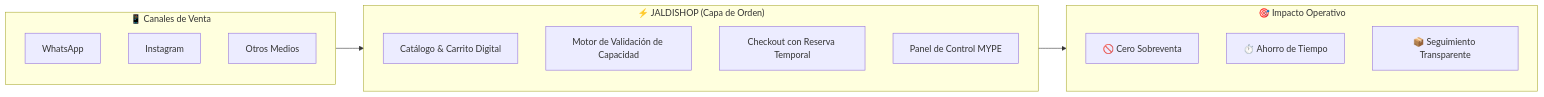
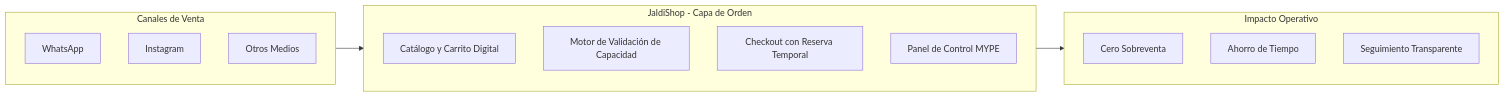
One commit to iJosueeh/jaldishop changed the first of 2 diagrams in README.md. Above: the diagram before and after it, drawn with Mermaid. The commit also changed other lines of this file and 2 other files, not shown here.

Commit message:
fix: error de parentesis en caso C simplifcado la eliminacion de los parentesis

````diff
--- a/README.md
+++ b/README.md
@@ -21,24 +21,24 @@
 ```mermaid
 flowchart LR
-    subgraph CLIENTES["📱 Canales de Venta"]
+    subgraph CLIENTES["Canales de Venta"]
         W[WhatsApp]
         I[Instagram]
         O[Otros Medios]
     end
 
-    subgraph PLATAFORMA["⚡ JALDISHOP (Capa de Orden)"]
+    subgraph PLATAFORMA["JaldiShop - Capa de Orden"]
         direction TB
-        C1["Catálogo & Carrito Digital"]
+        C1["Catálogo y Carrito Digital"]
         C2["Motor de Validación de Capacidad"]
         C3["Checkout con Reserva Temporal"]
         C4["Panel de Control MYPE"]
     end
 
-    subgraph BENEFICIOS["🎯 Impacto Operativo"]
-        B1["🚫 Cero Sobreventa"]
-        B2["⏱️ Ahorro de Tiempo"]
-        B3["📦 Seguimiento Transparente"]
+    subgraph BENEFICIOS["Impacto Operativo"]
+        B1["Cero Sobreventa"]
+        B2["Ahorro de Tiempo"]
+        B3["Seguimiento Transparente"]
     end
 
     CLIENTES --> PLATAFORMA --> BENEFICIOS
 ```
````
